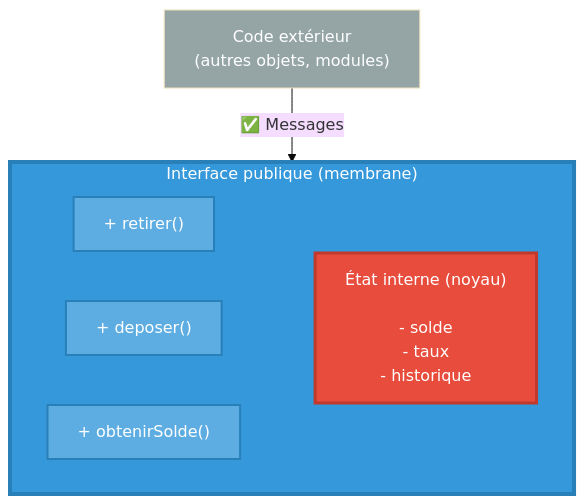
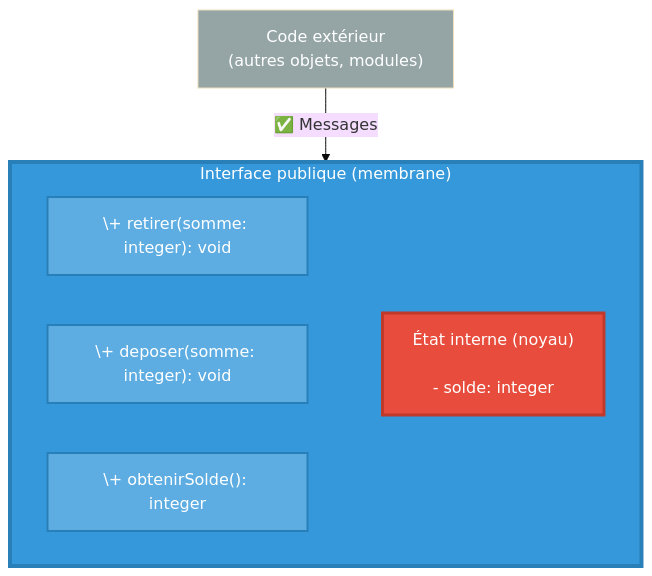
The diagram in Cours/BasesPOO/pourquoi-des-objets.md (AlexDmr/l3m-2026-2027-apo), drawn with Mermaid (base theme) before and after one commit. The commit also changed other lines of this file, not shown here.

````diff
--- a/Cours/BasesPOO/pourquoi-des-objets.md
+++ b/Cours/BasesPOO/pourquoi-des-objets.md
@@ -69,25 +65,25 @@
 ```mermaid
 graph TB
     EXT["Code extérieur<br/>(autres objets, modules)"]
     
     subgraph MEMBRANE["Interface publique (membrane)"]
-        M1["+ retirer()"]
-        M2["+ deposer()"]
-        M3["+ obtenirSolde()"]
+        M1["\+ retirer(somme: integer): void"]
+        M2["\+ deposer(somme: integer): void"]
+        M3["\+ obtenirSolde(): integer"]
         
-        NOYAU["État interne (noyau)<br/><br/>- solde<br/>- taux<br/>- historique"]
+        NOYAU["État interne (noyau)<br/><br/>- solde: integer<br/>"]
         
         M1 ~~~ NOYAU
         M2 ~~~ NOYAU
         M3 ~~~ NOYAU
     end
     
     EXT -->|"✅ Messages"| MEMBRANE
     
     style MEMBRANE fill:#3498db,stroke:#2980b9,stroke-width:4px,color:#fff
     style NOYAU fill:#e74c3c,stroke:#c0392b,stroke-width:3px,color:#fff
     style M1 fill:#5dade2,stroke:#2980b9,stroke-width:2px,color:#fff
     style M2 fill:#5dade2,stroke:#2980b9,stroke-width:2px,color:#fff
     style M3 fill:#5dade2,stroke:#2980b9,stroke-width:2px,color:#fff
     style EXT fill:#95a5a6,color:#fff
 ```
````
